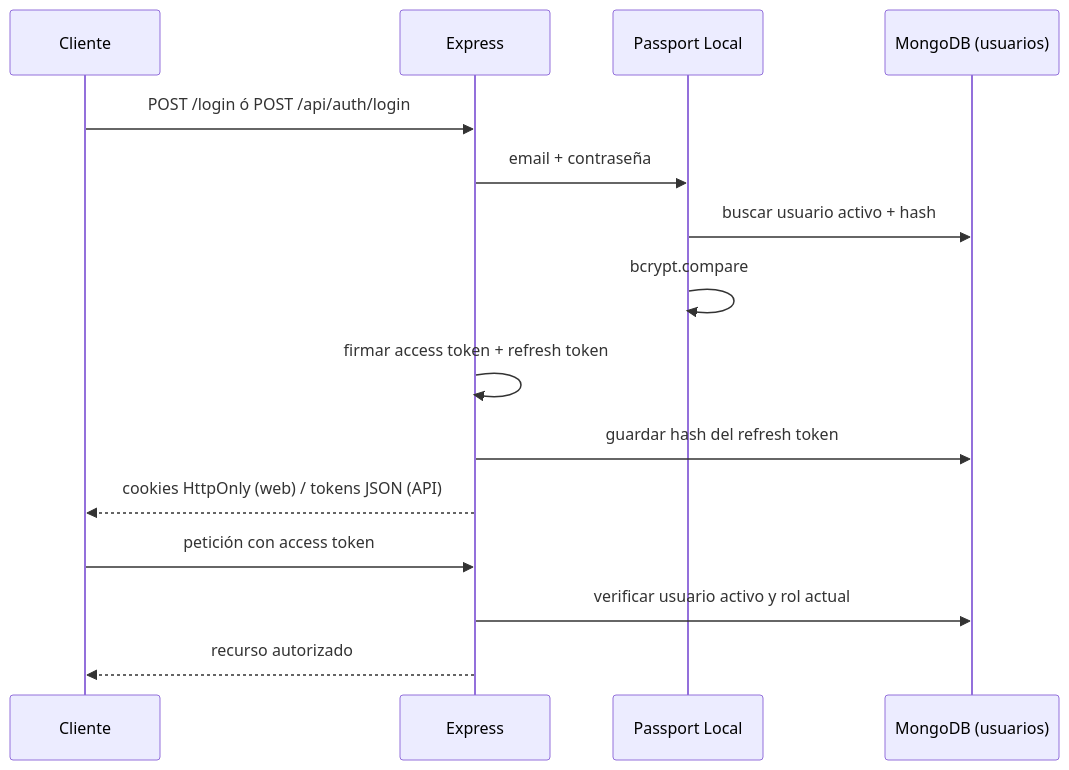
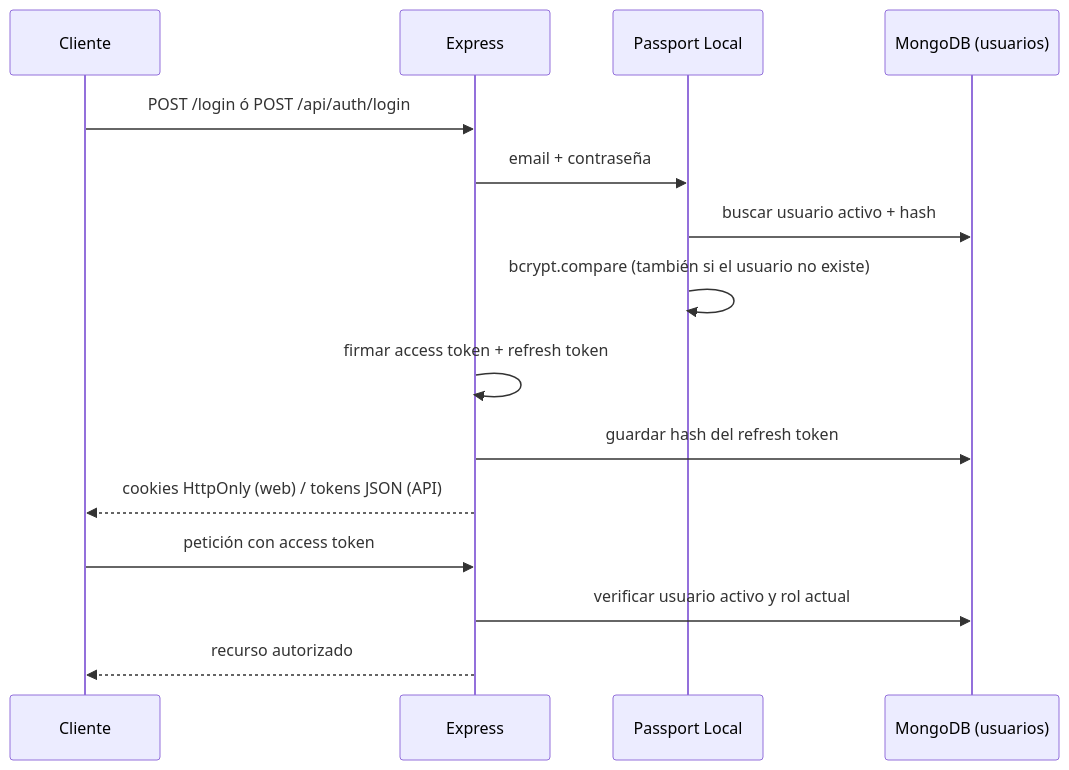
The third of 4 diagrams in README.md (ivanshifman/TP-BACKEND-SUMAR_IMPACTO), drawn with Mermaid before and after one commit. The commit also changed other lines of this file and 93 other files, not shown here.

````diff
--- a/README.md
+++ b/README.md
@@ -326,17 +366,17 @@
 ```mermaid
 sequenceDiagram
   participant C as Cliente
   participant E as Express
   participant P as Passport Local
   participant U as MongoDB (usuarios)
   C->>E: POST /login  ó  POST /api/auth/login
   E->>P: email + contraseña
   P->>U: buscar usuario activo + hash
-  P->>P: bcrypt.compare
+  P->>P: bcrypt.compare (también si el usuario no existe)
   E->>E: firmar access token + refresh token
   E->>U: guardar hash del refresh token
   E-->>C: cookies HttpOnly (web) / tokens JSON (API)
   C->>E: petición con access token
   E->>U: verificar usuario activo y rol actual
   E-->>C: recurso autorizado
 ```
````
